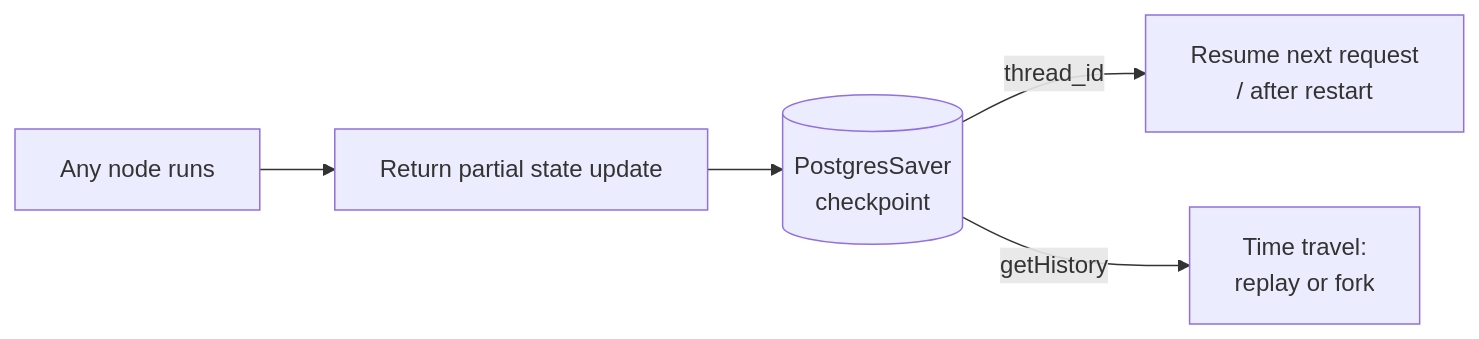
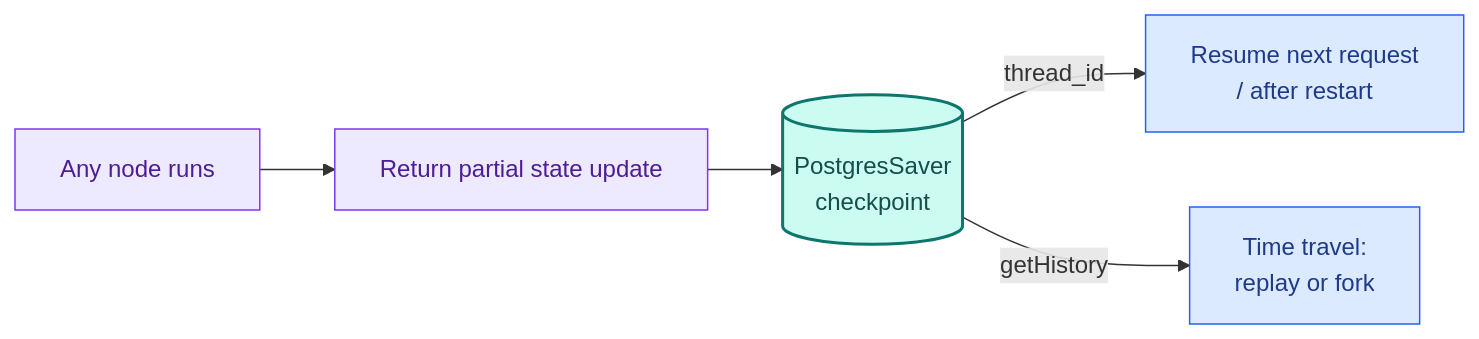
The first of 2 diagrams in docs/flows/05-time-travel.md (nguyentrathao-agilityio/travel-assistant), drawn with Mermaid before and after one commit. The commit also changed other lines of this file and 6 other files, not shown here.

Commit message:
docs: style Mermaid workflow diagrams

````diff
--- a/docs/flows/05-time-travel.md
+++ b/docs/flows/05-time-travel.md
@@ -7,6 +7,14 @@
 ```mermaid
 flowchart LR
     Node[Any node runs] --> Update[Return partial state update] --> CP[(PostgresSaver\ncheckpoint)]
     CP -->|thread_id| Resume["Resume next request\n/ after restart"]
     CP -->|getHistory| TT["Time travel:\nreplay or fork"]
+
+    classDef process fill:#ede9fe,stroke:#7c3aed,color:#4c1d95
+    classDef storage fill:#ccfbf1,stroke:#0f766e,color:#134e4a,stroke-width:2px
+    classDef timeTravel fill:#dbeafe,stroke:#2563eb,color:#1e3a8a
+
+    class Node,Update process
+    class CP storage
+    class Resume,TT timeTravel
 ```
````
